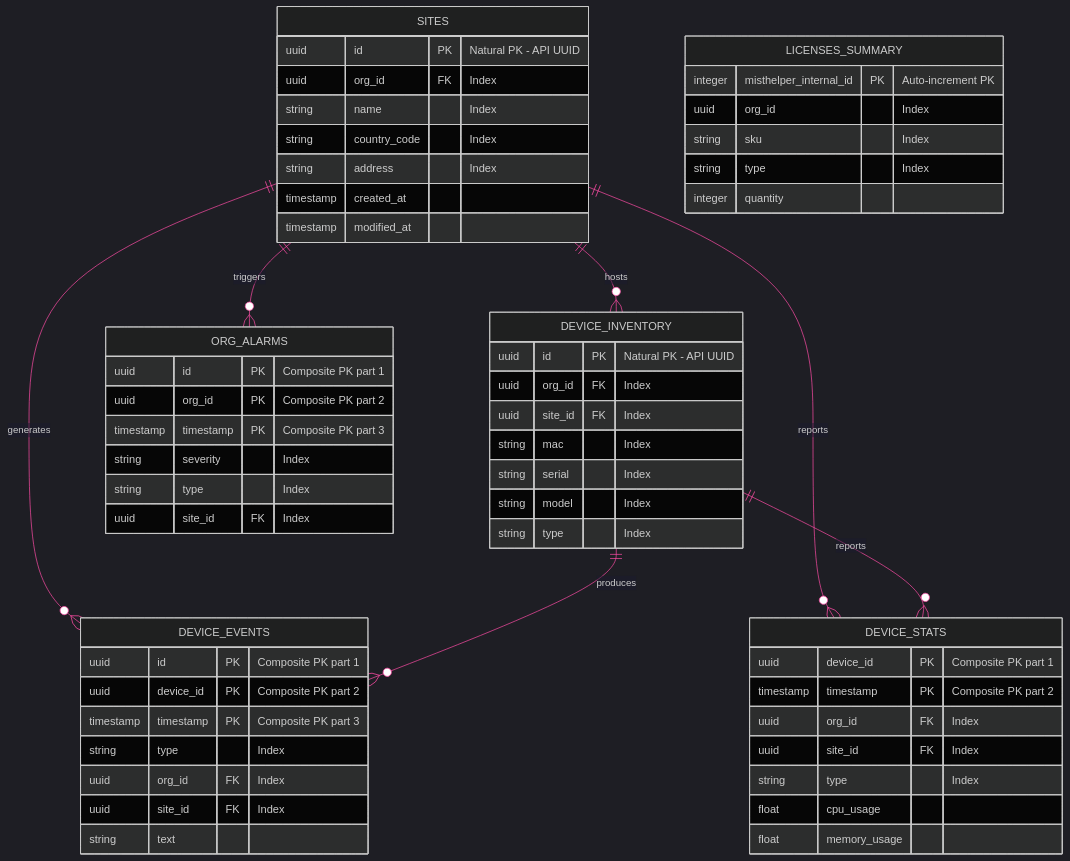
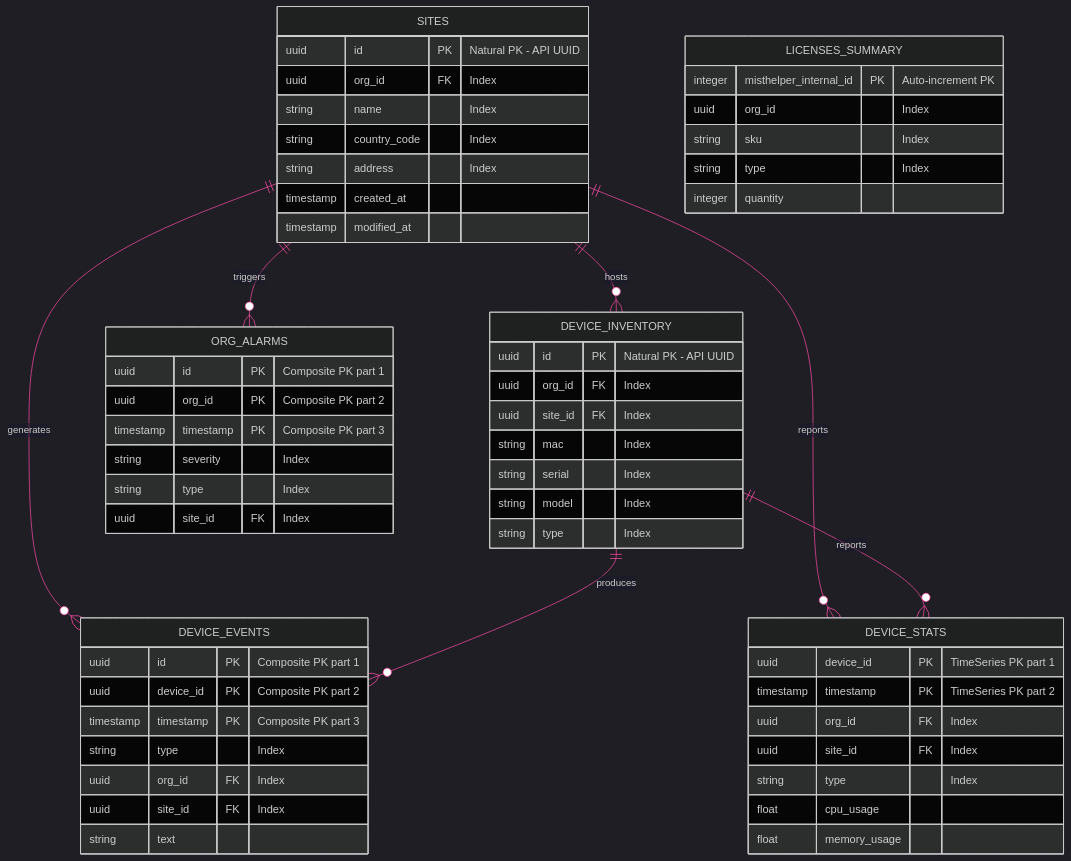
Before and after one commit to jmorrison-juniper/MistHelper: the first of 2 diagrams in documentation/diagrams/core/database-strategy.md, drawn with Mermaid. The commit also changed other lines of this file and 110 other files, not shown here.

````diff
--- a/documentation/diagrams/core/database-strategy.md
+++ b/documentation/diagrams/core/database-strategy.md
@@ -11,75 +11,75 @@
 ```mermaid
 %%{init: {'theme': 'dark', 'themeVariables': {
   'primaryColor': '#E20074',
   'primaryTextColor': '#E0E0E0',
   'primaryBorderColor': '#99004D',
   'lineColor': '#FF4DA6',
   'secondaryColor': '#16213E',
   'tertiaryColor': '#1A1A2E',
   'fontFamily': 'ui-monospace, monospace'
 }}}%%
 erDiagram
     SITES {
         uuid id PK "Natural PK - API UUID"
         uuid org_id FK "Index"
         string name "Index"
         string country_code "Index"
         string address "Index"
         timestamp created_at
         timestamp modified_at
     }
 
     DEVICE_INVENTORY {
         uuid id PK "Natural PK - API UUID"
         uuid org_id FK "Index"
         uuid site_id FK "Index"
         string mac "Index"
         string serial "Index"
         string model "Index"
         string type "Index"
     }
 
     DEVICE_EVENTS {
         uuid id PK "Composite PK part 1"
         uuid device_id PK "Composite PK part 2"
         timestamp timestamp PK "Composite PK part 3"
         string type "Index"
         uuid org_id FK "Index"
         uuid site_id FK "Index"
         string text
     }
 
     DEVICE_STATS {
-        uuid device_id PK "Composite PK part 1"
-        timestamp timestamp PK "Composite PK part 2"
+        uuid device_id PK "TimeSeries PK part 1"
+        timestamp timestamp PK "TimeSeries PK part 2"
         uuid org_id FK "Index"
         uuid site_id FK "Index"
         string type "Index"
         float cpu_usage
         float memory_usage
     }
 
     ORG_ALARMS {
         uuid id PK "Composite PK part 1"
         uuid org_id PK "Composite PK part 2"
         timestamp timestamp PK "Composite PK part 3"
         string severity "Index"
         string type "Index"
         uuid site_id FK "Index"
     }
 
     LICENSES_SUMMARY {
         integer misthelper_internal_id PK "Auto-increment PK"
         uuid org_id "Index"
         string sku "Index"
         string type "Index"
         integer quantity
     }
 
     SITES ||--o{ DEVICE_INVENTORY : "hosts"
     SITES ||--o{ DEVICE_EVENTS : "generates"
     SITES ||--o{ DEVICE_STATS : "reports"
     SITES ||--o{ ORG_ALARMS : "triggers"
     DEVICE_INVENTORY ||--o{ DEVICE_EVENTS : "produces"
     DEVICE_INVENTORY ||--o{ DEVICE_STATS : "reports"
 ```
````
